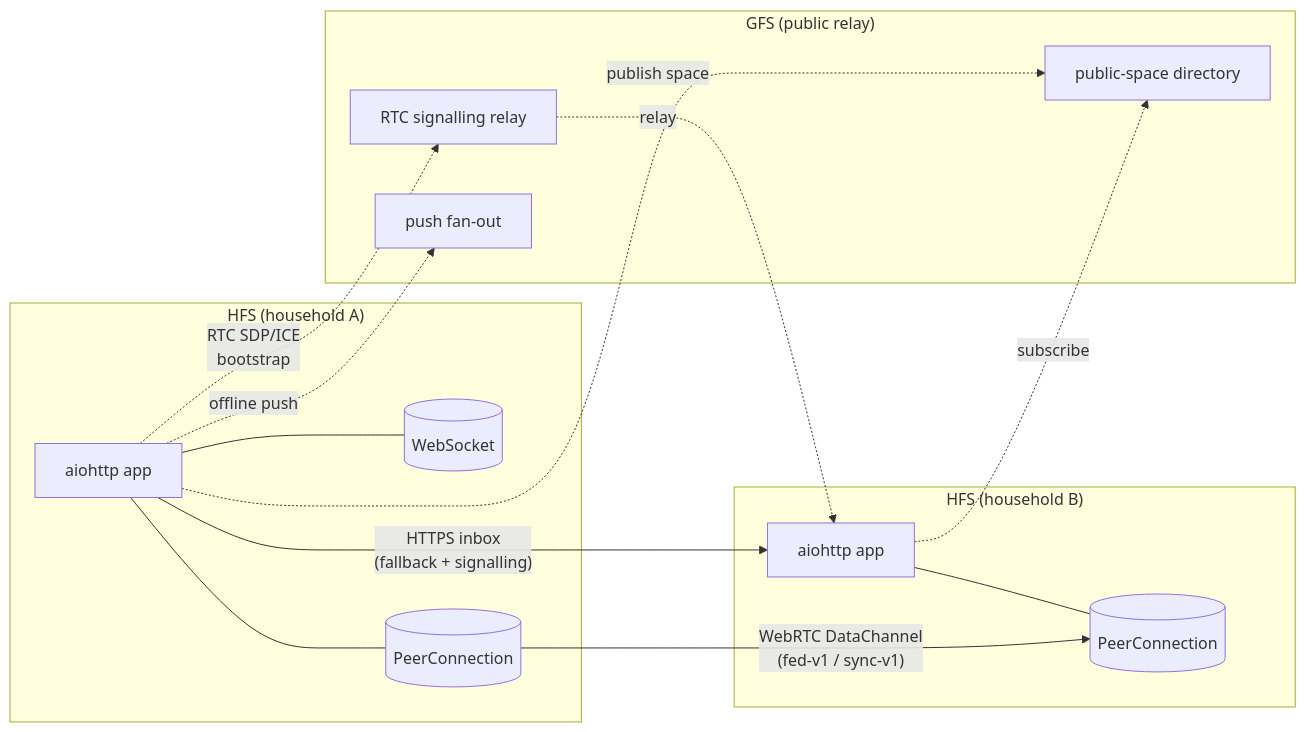
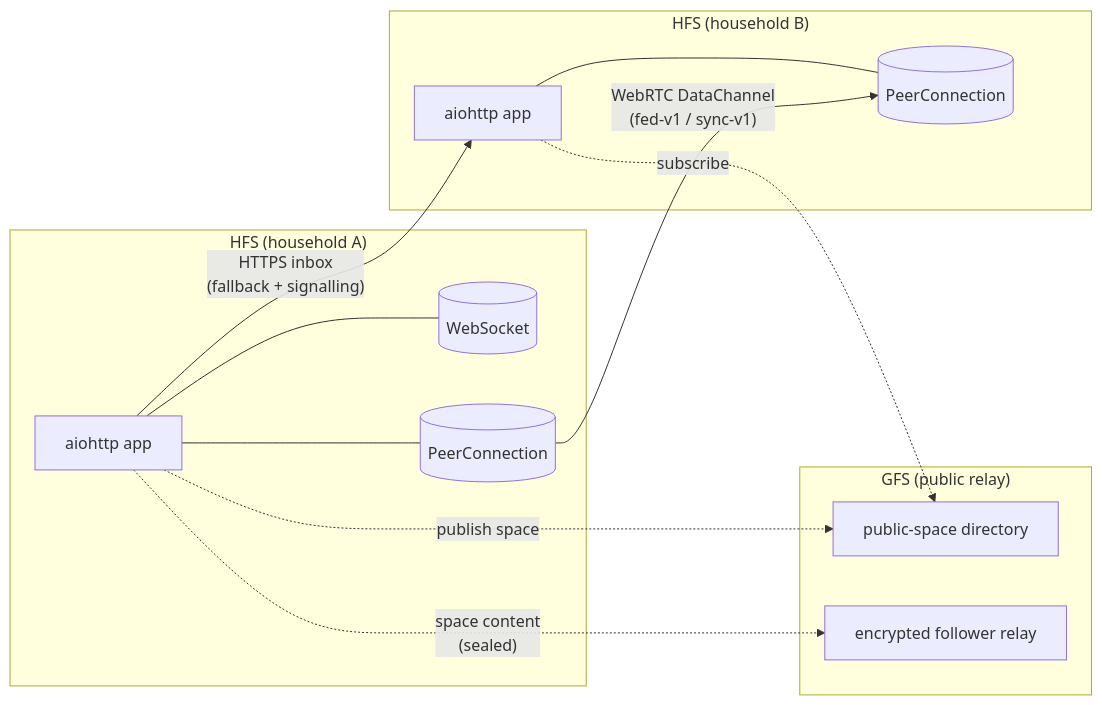
Before and after one commit to social-home-io/socialhome: the first of 2 diagrams in docs/protocol/README.md, drawn with Mermaid. The commit also changed other lines of this file and 7 other files, not shown here.

First line of the commit message:
Docs: the GFS sends no push and relays no household WebRTC signalling

````diff
--- a/docs/protocol/README.md
+++ b/docs/protocol/README.md
@@ -17,29 +19,26 @@
 ```mermaid
 flowchart LR
     subgraph HFS_A["HFS (household A)"]
         A_app["aiohttp app"]
         A_ws[("WebSocket")]
         A_pc[("PeerConnection")]
         A_app --- A_ws
         A_app --- A_pc
     end
     subgraph HFS_B["HFS (household B)"]
         B_app["aiohttp app"]
         B_pc[("PeerConnection")]
         B_app --- B_pc
     end
     subgraph GFS["GFS (public relay)"]
         G_dir["public-space directory"]
-        G_rtc["RTC signalling relay"]
-        G_push["push fan-out"]
+        G_relay["encrypted follower relay"]
     end
 
     A_pc -- "WebRTC DataChannel<br/>(fed-v1 / sync-v1)" --> B_pc
     A_app -- "HTTPS inbox<br/>(fallback + signalling)" --> B_app
 
     A_app -. "publish space" .-> G_dir
     B_app -. "subscribe" .-> G_dir
-    A_app -. "RTC SDP/ICE<br/>bootstrap" .-> G_rtc
-    G_rtc -. "relay" .-> B_app
-    A_app -. "offline push" .-> G_push
+    A_app -. "space content<br/>(sealed)" .-> G_relay
 ```
````
